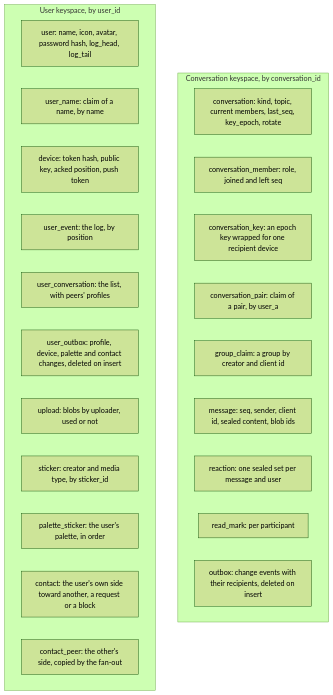
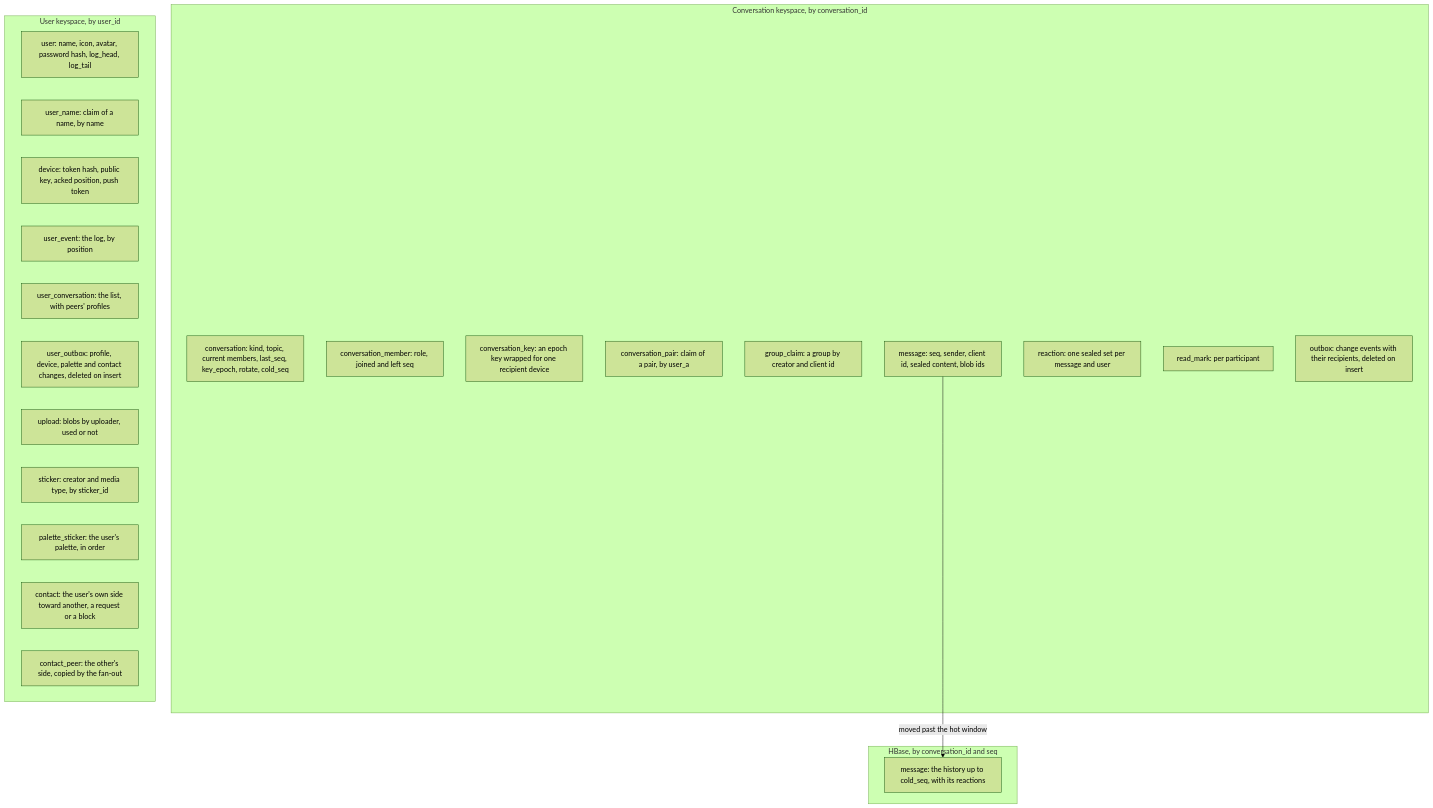
One commit to vlumi/wrinkle changed the first of 5 diagrams in docs/architecture.md. Above: the diagram before and after it, drawn with Mermaid (forest theme). The commit also changed other lines of this file and 3 other files, not shown here.

Commit message:
Docs: history and the cold tier

````diff
--- a/docs/architecture.md
+++ b/docs/architecture.md
@@ -48,27 +48,31 @@
 ```mermaid
 flowchart TB
   subgraph conv ["Conversation keyspace, by conversation_id"]
-    c["conversation: kind, topic, current members, last_seq, key_epoch, rotate"]
+    c["conversation: kind, topic, current members, last_seq, key_epoch, rotate, cold_seq"]
     cm["conversation_member: role, joined and left seq"]
     ck["conversation_key: an epoch key wrapped for one recipient device"]
     p["conversation_pair: claim of a pair, by user_a"]
     g["group_claim: a group by creator and client id"]
     m["message: seq, sender, client id, sealed content, blob ids"]
     rx["reaction: one sealed set per message and user"]
     r["read_mark: per participant"]
     o["outbox: change events with their recipients, deleted on insert"]
   end
   subgraph user ["User keyspace, by user_id"]
     u["user: name, icon, avatar, password hash, log_head, log_tail"]
     n["user_name: claim of a name, by name"]
     d["device: token hash, public key, acked position, push token"]
     e["user_event: the log, by position"]
     l["user_conversation: the list, with peers' profiles"]
     uo["user_outbox: profile, device, palette and contact changes, deleted on insert"]
     up["upload: blobs by uploader, used or not"]
     s["sticker: creator and media type, by sticker_id"]
     ps["palette_sticker: the user's palette, in order"]
     ct["contact: the user's own side toward another, a request or a block"]
     cp["contact_peer: the other's side, copied by the fan-out"]
   end
+  subgraph cold ["HBase, by conversation_id and seq"]
+    h["message: the history up to cold_seq, with its reactions"]
+  end
+  m -- "moved past the hot window" --> h
 ```
````
